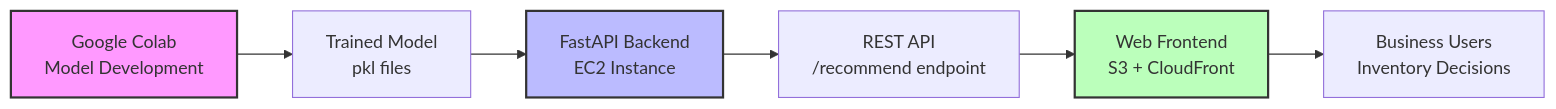
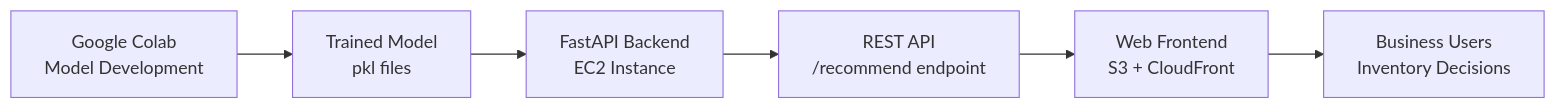
The diagram in README.md (tridibcodes-ctrl/inventory-management), drawn with Mermaid before and after one commit. The commit also changed other lines of this file, not shown here.

````diff
--- a/README.md
+++ b/README.md
@@ -140,12 +136,9 @@
 ```mermaid
 graph LR
     A[Google Colab<br/>Model Development] --> B[Trained Model<br/>pkl files]
     B --> C[FastAPI Backend<br/>EC2 Instance]
     C --> D[REST API<br/>/recommend endpoint]
     D --> E[Web Frontend<br/>S3 + CloudFront]
     E --> F[Business Users<br/>Inventory Decisions]
     
-    style A fill:#f9f,stroke:#333,stroke-width:2px
-    style C fill:#bbf,stroke:#333,stroke-width:2px
-    style E fill:#bfb,stroke:#333,stroke-width:2px
 ```
````
